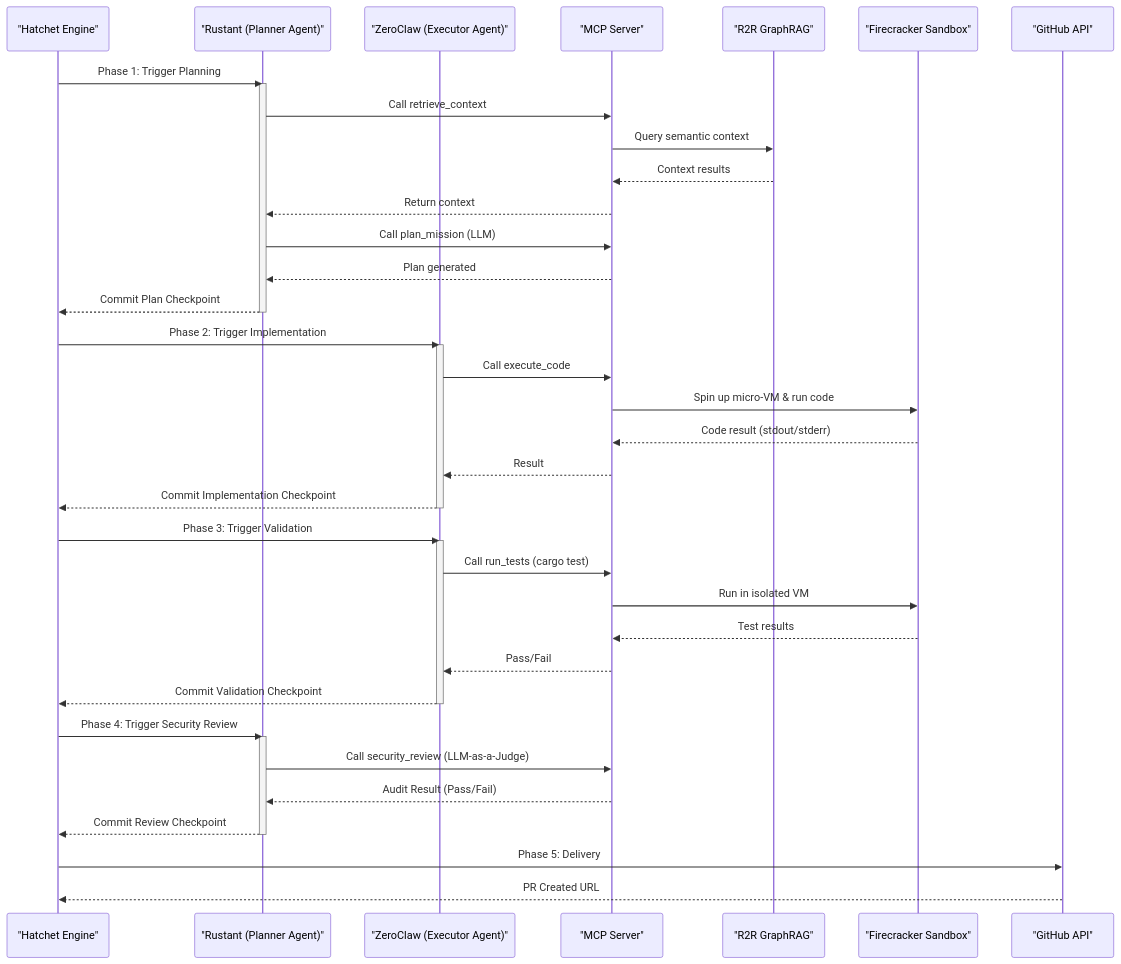
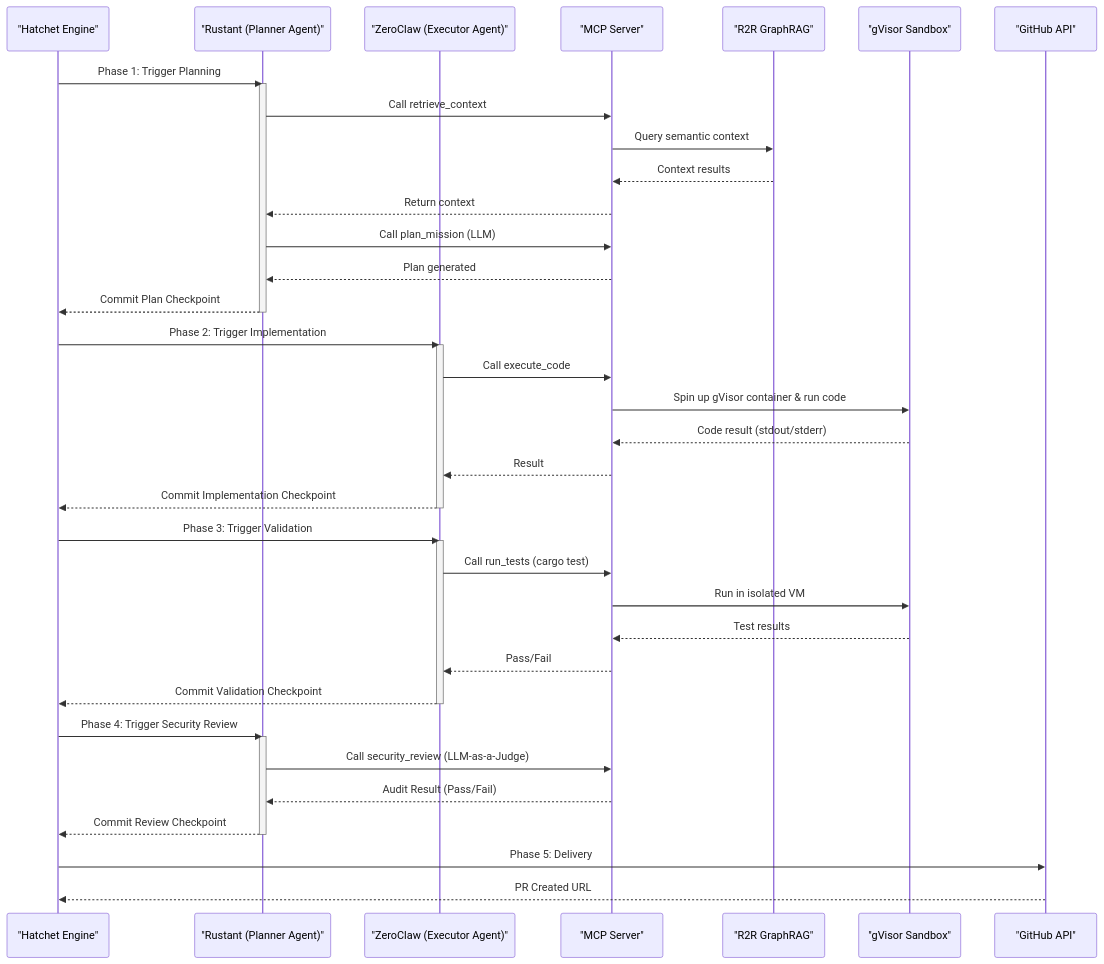
One commit to lgcorzo/rust_CACD_autonomous_factory changed the second of 3 diagrams in wiki/TACTICAL-DESIGN.md. Above: the diagram before and after it, drawn with Mermaid. The commit also changed other lines of this file and 3 other files, not shown here.

Commit message:
docs(wiki): sync architectural design with phase 6 governance implementation

````diff
--- a/wiki/TACTICAL-DESIGN.md
+++ b/wiki/TACTICAL-DESIGN.md
@@ -107,49 +107,49 @@
 ```mermaid
 sequenceDiagram
     participant Hatchet as "Hatchet Engine"
     participant RU as "Rustant (Planner Agent)"
     participant ZC as "ZeroClaw (Executor Agent)"
     participant MCP as "MCP Server"
     participant R2R as "R2R GraphRAG"
-    participant Sandbox as "Firecracker Sandbox"
+    participant Sandbox as "gVisor Sandbox"
     participant GH as "GitHub API"
 
     Hatchet->>RU: Phase 1: Trigger Planning
     activate RU
     RU->>MCP: Call retrieve_context
     MCP->>R2R: Query semantic context
     R2R-->>MCP: Context results
     MCP-->>RU: Return context
     RU->>MCP: Call plan_mission (LLM)
     MCP-->>RU: Plan generated
     RU-->>Hatchet: Commit Plan Checkpoint
     deactivate RU
 
     Hatchet->>ZC: Phase 2: Trigger Implementation
     activate ZC
     ZC->>MCP: Call execute_code
-    MCP->>Sandbox: Spin up micro-VM & run code
+    MCP->>Sandbox: Spin up gVisor container & run code
     Sandbox-->>MCP: Code result (stdout/stderr)
     MCP-->>ZC: Result
     ZC-->>Hatchet: Commit Implementation Checkpoint
     deactivate ZC
 
     Hatchet->>ZC: Phase 3: Trigger Validation
     activate ZC
     ZC->>MCP: Call run_tests (cargo test)
     MCP->>Sandbox: Run in isolated VM
     Sandbox-->>MCP: Test results
     MCP-->>ZC: Pass/Fail
     ZC-->>Hatchet: Commit Validation Checkpoint
     deactivate ZC
 
     Hatchet->>RU: Phase 4: Trigger Security Review
     activate RU
     RU->>MCP: Call security_review (LLM-as-a-Judge)
     MCP-->>RU: Audit Result (Pass/Fail)
     RU-->>Hatchet: Commit Review Checkpoint
     deactivate RU
 
     Hatchet->>GH: Phase 5: Delivery
     GH-->>Hatchet: PR Created URL
 ```
````
